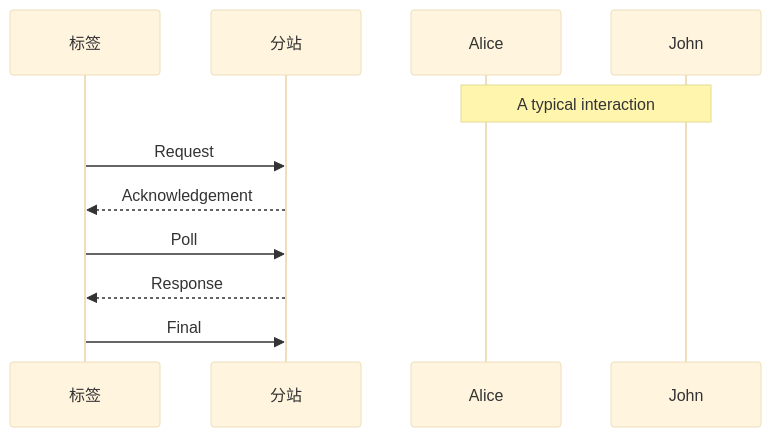
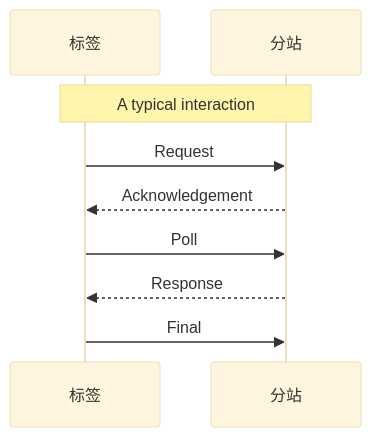
The diagram in all/未命名.md (geek-zhao/iodraw-files), drawn with Mermaid (base theme) before and after one commit.

Commit message:
2024-08-17 14:03:19 update

````diff
--- a/all/未命名.md
+++ b/all/未命名.md
@@ -1,12 +1,12 @@
 ```mermaid
 sequenceDiagram
     participant tag as 标签
     participant anchor as 分站
-    Note over Alice,John: A typical interaction
+    Note over tag,anchor: A typical interaction
     tag->>anchor: Request
     anchor-->>tag: Acknowledgement
     tag->>anchor: Poll
     anchor-->>tag: Response
     tag->>anchor: Final       
 
 ```
````
